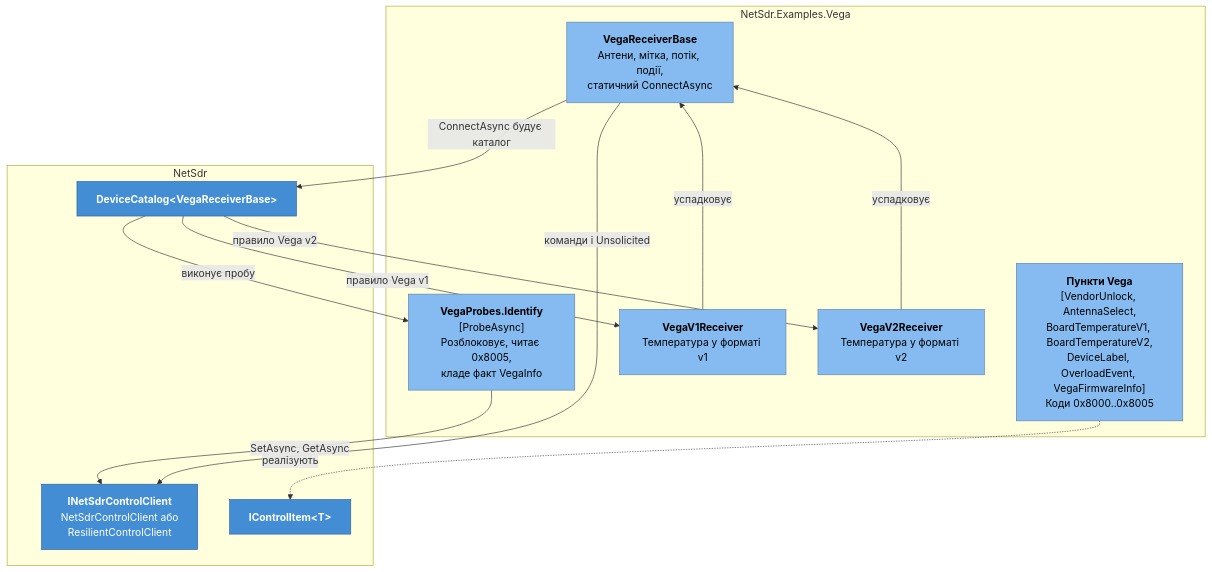
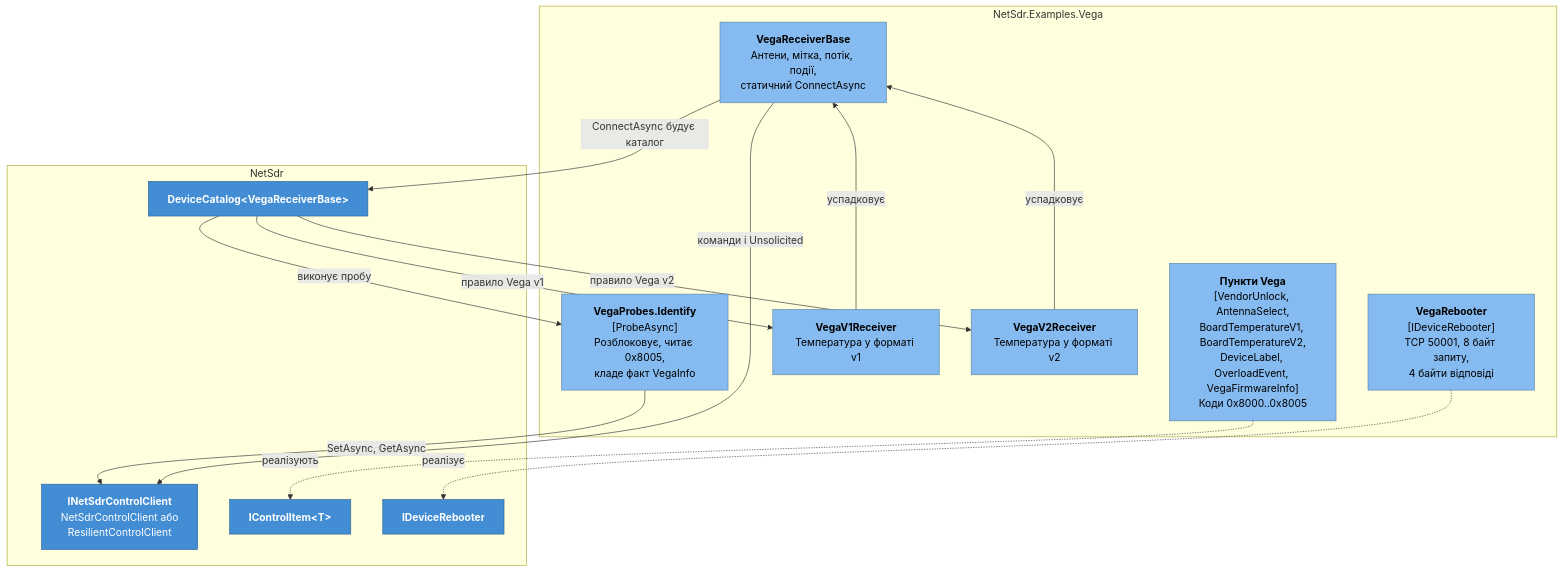
One commit to vadimart92/NetSdrClient changed the fifth of 7 diagrams in docs/architecture.md. Above: the diagram before and after it, drawn with Mermaid. The commit also changed other lines of this file and 3 other files, not shown here.

Commit message:
docs: ConnectAttempts and reboots in the XML docs, architecture diagrams and the spec status

````diff
--- a/docs/architecture.md
+++ b/docs/architecture.md
@@ -235,31 +240,34 @@
 ```mermaid
 flowchart TB
     subgraph vega["NetSdr.Examples.Vega"]
         vitems["<b>Пункти Vega</b><br/>[VendorUnlock, AntennaSelect,<br/>BoardTemperatureV1, BoardTemperatureV2,<br/>DeviceLabel, OverloadEvent, VegaFirmwareInfo]<br/>Коди 0x8000..0x8005"]
         probe["<b>VegaProbes.Identify</b><br/>[ProbeAsync]<br/>Розблоковує, читає 0x8005,<br/>кладе факт VegaInfo"]
         base["<b>VegaReceiverBase</b><br/>Антени, мітка, потік, події,<br/>статичний ConnectAsync"]
         v1["<b>VegaV1Receiver</b><br/>Температура у форматі v1"]
         v2["<b>VegaV2Receiver</b><br/>Температура у форматі v2"]
+        rebooter["<b>VegaRebooter</b><br/>[IDeviceRebooter]<br/>TCP 50001, 8 байт запиту,<br/>4 байти відповіді"]
     end
 
     subgraph core["NetSdr"]
         cat["<b>DeviceCatalog#lt;VegaReceiverBase#gt;</b>"]
         ctl["<b>INetSdrControlClient</b><br/>NetSdrControlClient або<br/>ResilientControlClient"]
         icontrol["<b>IControlItem#lt;T#gt;</b>"]
+        idev["<b>IDeviceRebooter</b>"]
     end
 
     base -->|"ConnectAsync будує каталог"| cat
     cat -->|"виконує пробу"| probe
     cat -->|"правило Vega v2"| v2
     cat -->|"правило Vega v1"| v1
     v1 -->|"успадковує"| base
     v2 -->|"успадковує"| base
     probe -->|"SetAsync, GetAsync"| ctl
     base -->|"команди і Unsolicited"| ctl
     vitems -.->|"реалізують"| icontrol
+    rebooter -.->|"реалізує"| idev
 
     classDef component fill:#85BBF0,stroke:#5D82A8,color:#000
     classDef framework fill:#438DD5,stroke:#2E6295,color:#fff
-    class vitems,probe,base,v1,v2 component
-    class cat,ctl,icontrol framework
+    class vitems,probe,base,v1,v2,rebooter component
+    class cat,ctl,icontrol,idev framework
 ```
````
